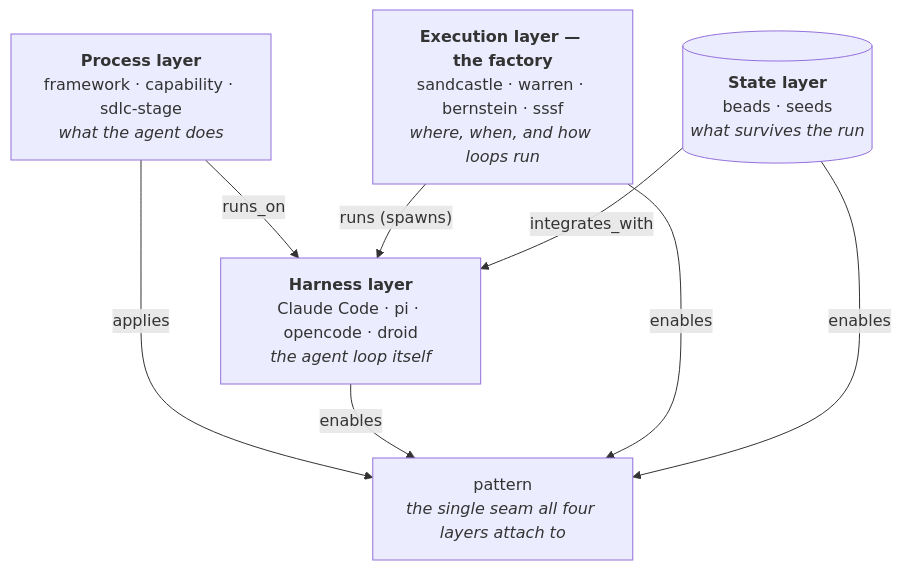
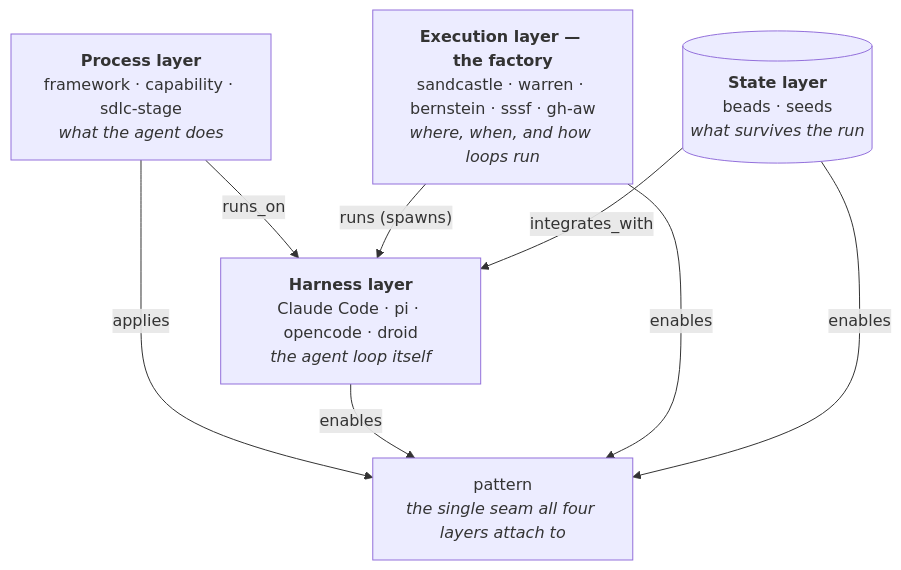
The first of 2 diagrams in wiki/topic/topic-software-factory.md (pmackay/sdlc-wiki), drawn with Mermaid before and after one commit. The commit also changed other lines of this file and 19 other files, not shown here.

````diff
--- a/wiki/topic/topic-software-factory.md
+++ b/wiki/topic/topic-software-factory.md
@@ -26,15 +26,15 @@
 ```mermaid
 flowchart TB
     P["<b>Process layer</b><br/>framework · capability · sdlc-stage<br/><i>what the agent does</i>"]
     H["<b>Harness layer</b><br/>Claude Code · pi · opencode · droid<br/><i>the agent loop itself</i>"]
-    R["<b>Execution layer — the factory</b><br/>sandcastle · warren · bernstein · sssf<br/><i>where, when, and how loops run</i>"]
+    R["<b>Execution layer — the factory</b><br/>sandcastle · warren · bernstein · sssf · gh-aw<br/><i>where, when, and how loops run</i>"]
     S[("<b>State layer</b><br/>beads · seeds<br/><i>what survives the run</i>")]
     PAT["pattern<br/><i>the single seam all four layers attach to</i>"]
     P -- "runs_on" --> H
     R -- "runs (spawns)" --> H
     S -- "integrates_with" --> H
     P -- "applies" --> PAT
     H -- "enables" --> PAT
     R -- "enables" --> PAT
     S -- "enables" --> PAT
 ```
````
